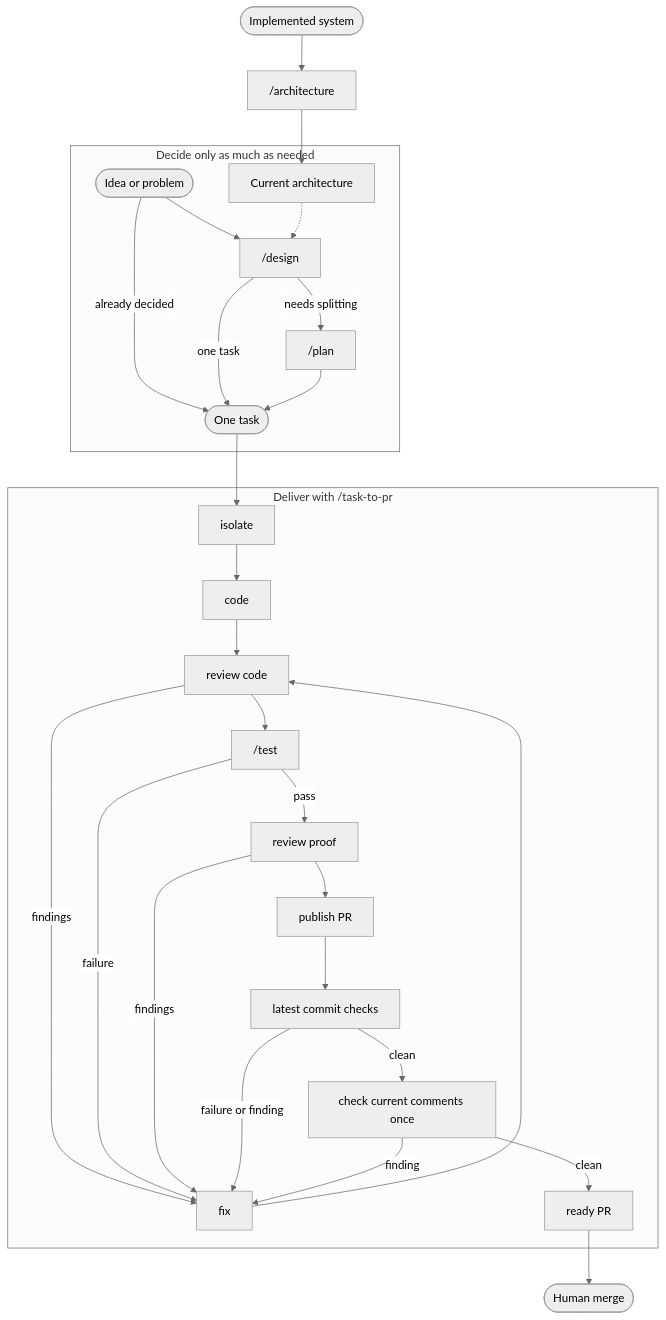
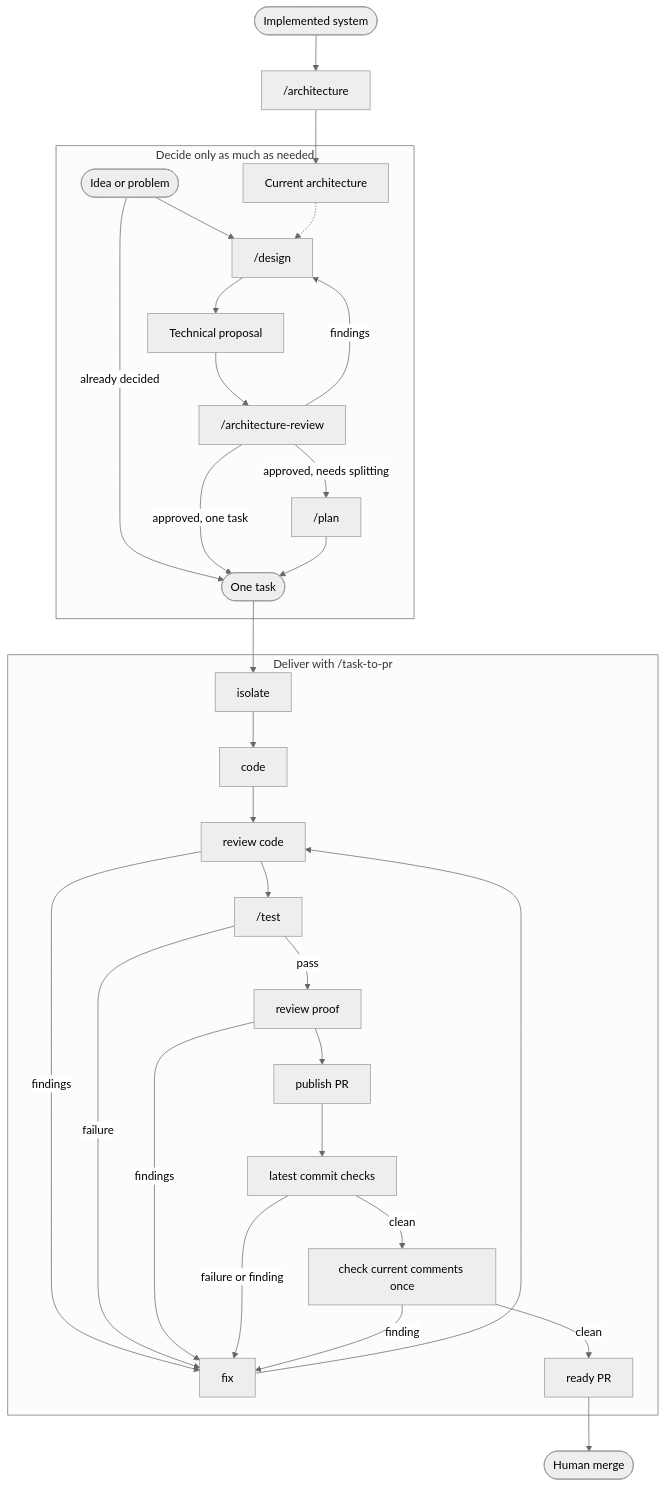
The diagram in README.md (owainlewis/blueprint), drawn with Mermaid (neutral theme) before and after one commit. The commit also changed other lines of this file and 9 other files, not shown here.

Commit message:
feat: add architecture review phase

````diff
--- a/README.md
+++ b/README.md
@@ -30,27 +31,29 @@
 ```mermaid
 flowchart TB
     Existing([Implemented system]) --> Architecture["/architecture"]
     Architecture --> Current["Current architecture"]
 
     subgraph Decide["Decide only as much as needed"]
         Idea([Idea or problem]) --> Design["/design"]
         Idea -->|already decided| Task([One task])
         Current -.-> Design
-        Design -->|one task| Task
-        Design -->|needs splitting| Plan["/plan"] --> Task
+        Design --> Proposal["Technical proposal"] --> ArchitectureReview["/architecture-review"]
+        ArchitectureReview -->|findings| Design
+        ArchitectureReview -->|approved, one task| Task
+        ArchitectureReview -->|approved, needs splitting| Plan["/plan"] --> Task
     end
 
     subgraph Deliver["Deliver with /task-to-pr"]
         Task --> Isolate["isolate"] --> Code["code"] --> Review["review code"] --> Test["/test"]
         Review -->|findings| Fix["fix"] --> Review
         Test -->|failure| Fix
         Test -->|pass| ProofReview["review proof"] --> Publish["publish PR"] --> Validate["latest commit checks"]
         ProofReview -->|findings| Fix
         Validate -->|failure or finding| Fix
         Validate -->|clean| Human["check current comments once"]
         Human -->|finding| Fix
         Human -->|clean| PR["ready PR"]
     end
 
     PR --> Merge([Human merge])
 ```
````
